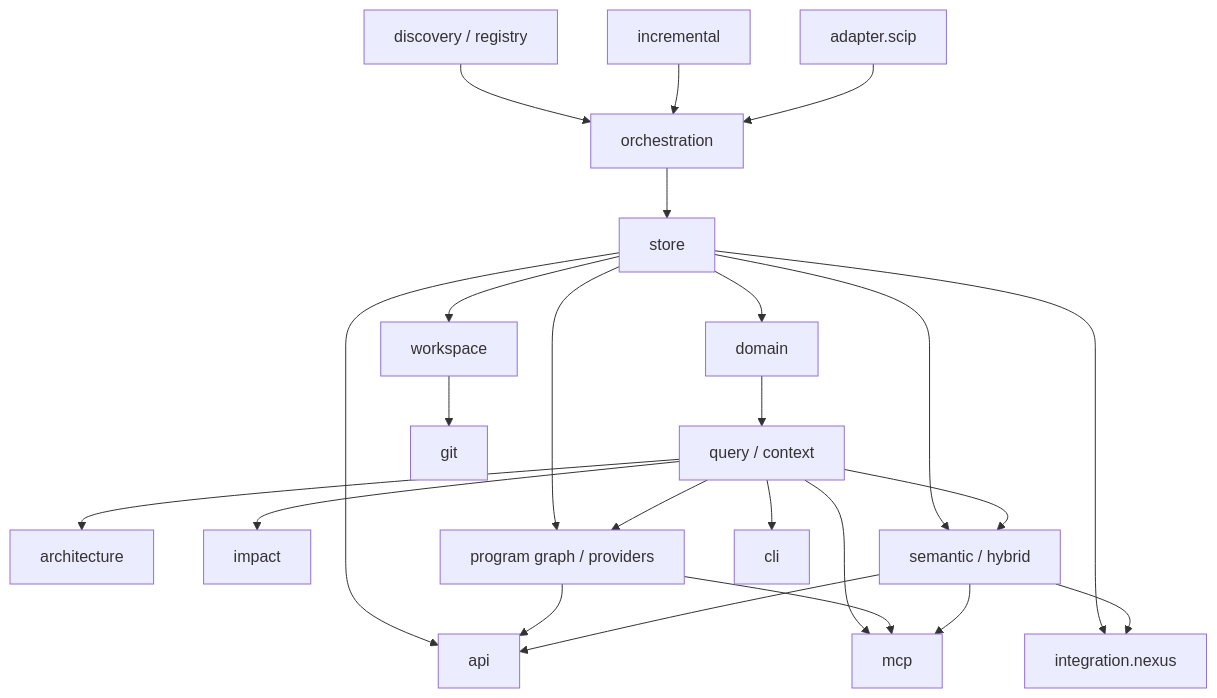
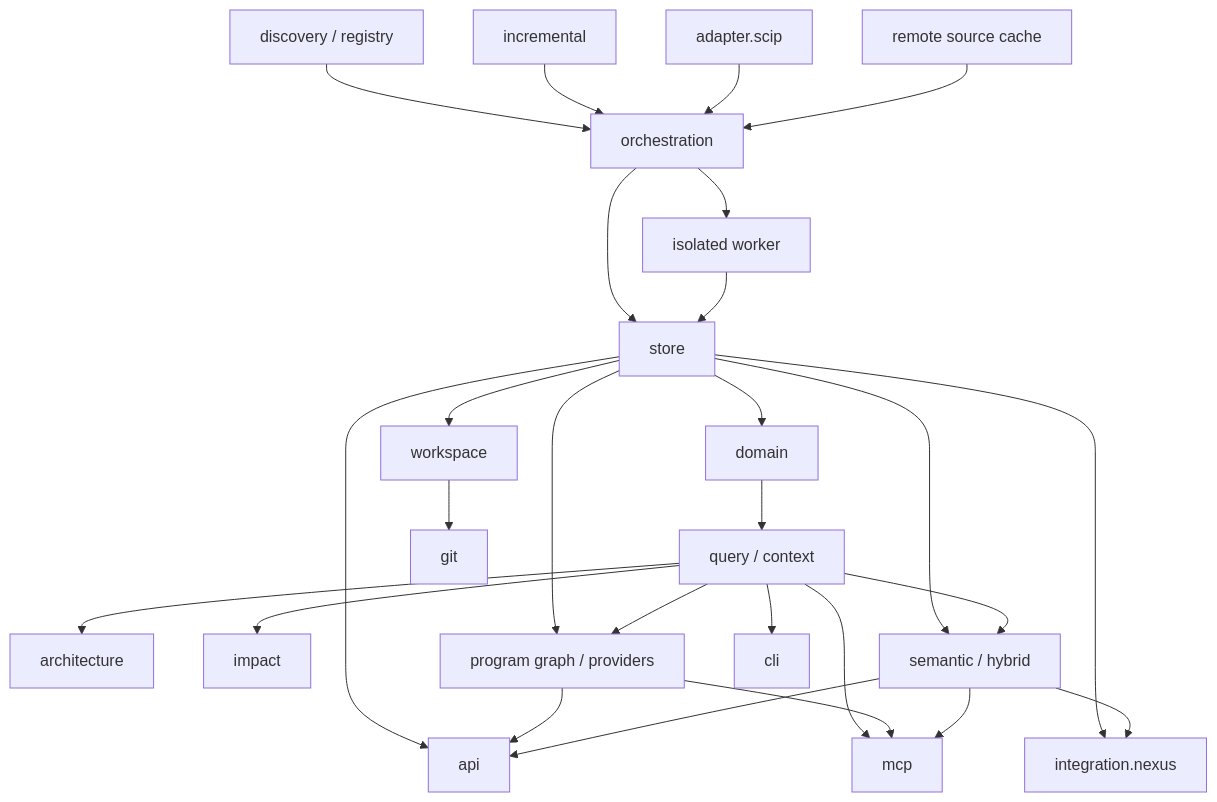
Before and after one commit to FTurleque/minos-code-intelligence: the diagram in docs/developer/README.md, drawn with Mermaid. The commit also changed other lines of this file and 39 other files, not shown here.

````diff
--- a/docs/developer/README.md
+++ b/docs/developer/README.md
@@ -27,26 +27,29 @@
 ```mermaid
 flowchart TB
     DISC[discovery / registry] --> ORCH[orchestration]
     INC[incremental] --> ORCH
     SCIP[adapter.scip] --> ORCH
     ORCH --> STORE[store]
     STORE --> DOMAIN[domain]
     DOMAIN --> QUERY[query / context]
     QUERY --> ARCH[architecture]
     QUERY --> IMPACT[impact]
     STORE --> PROG[program graph / providers]
     QUERY --> PROG
     STORE --> SEM[semantic / hybrid]
     QUERY --> SEM
     STORE --> API[api]
     QUERY --> CLI[cli]
     QUERY --> MCP[mcp]
     PROG --> API
     PROG --> MCP
     SEM --> API
     SEM --> MCP
     STORE --> WORK[workspace]
     WORK --> GIT[git]
+    REMOTE[remote source cache] --> ORCH
+    ORCH --> WORKER[isolated worker]
+    WORKER --> STORE
     STORE --> NEXUS[integration.nexus]
     SEM --> NEXUS
 ```
````
